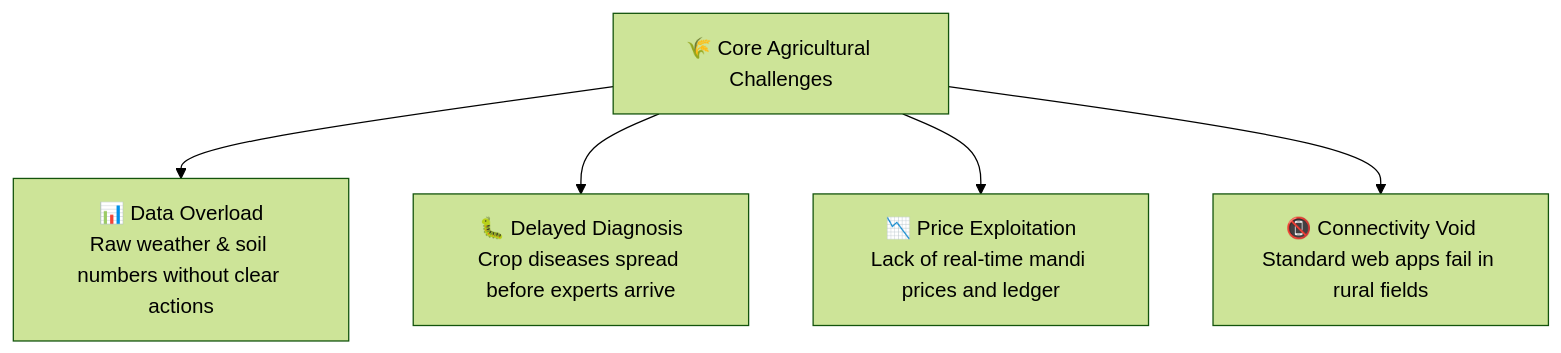
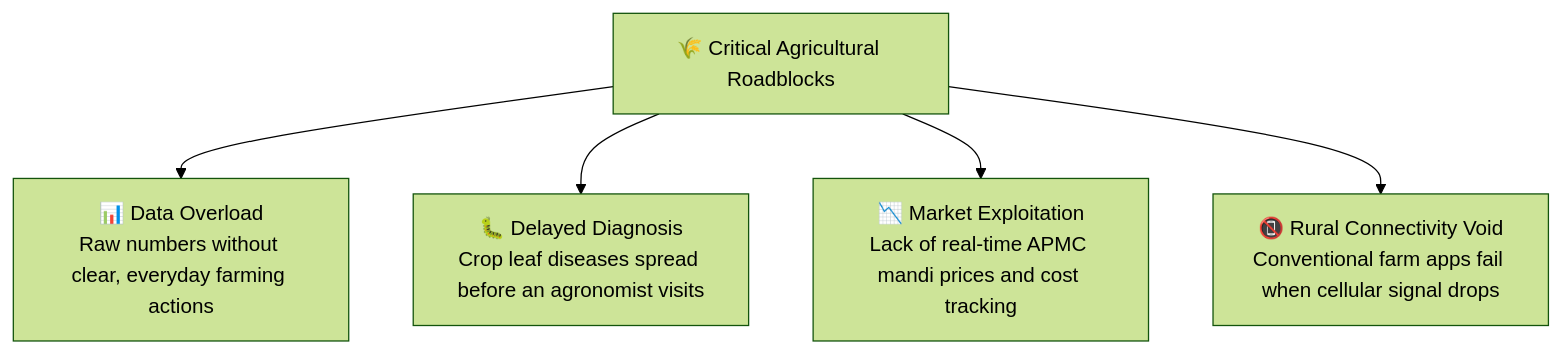
The first of 2 diagrams in README.md (Xcoder-69/HACKFORGE), drawn with Mermaid (forest theme) before and after one commit. The commit also changed other lines of this file and 44 other files, not shown here.

````diff
--- a/README.md
+++ b/README.md
@@ -35,8 +37,8 @@
 ```mermaid
 flowchart TD
-    Problem["🌾 Core Agricultural Challenges"]
-    Problem --> A["📊 Data Overload<br>Raw weather & soil numbers without clear actions"]
-    Problem --> B["🐛 Delayed Diagnosis<br>Crop diseases spread before experts arrive"]
-    Problem --> C["📉 Price Exploitation<br>Lack of real-time mandi prices and ledger"]
-    Problem --> D["📵 Connectivity Void<br>Standard web apps fail in rural fields"]
+    Problem["🌾 Critical Agricultural Roadblocks"]
+    Problem --> A["📊 Data Overload<br>Raw numbers without clear, everyday farming actions"]
+    Problem --> B["🐛 Delayed Diagnosis<br>Crop leaf diseases spread before an agronomist visits"]
+    Problem --> C["📉 Market Exploitation<br>Lack of real-time APMC mandi prices and cost tracking"]
+    Problem --> D["📵 Rural Connectivity Void<br>Conventional farm apps fail when cellular signal drops"]
 ```
````
